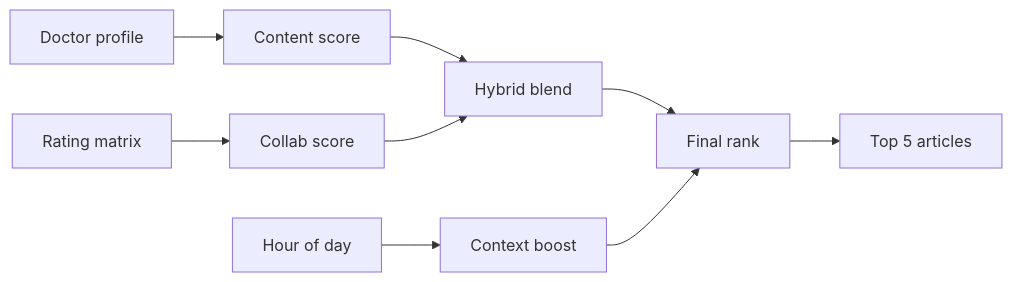
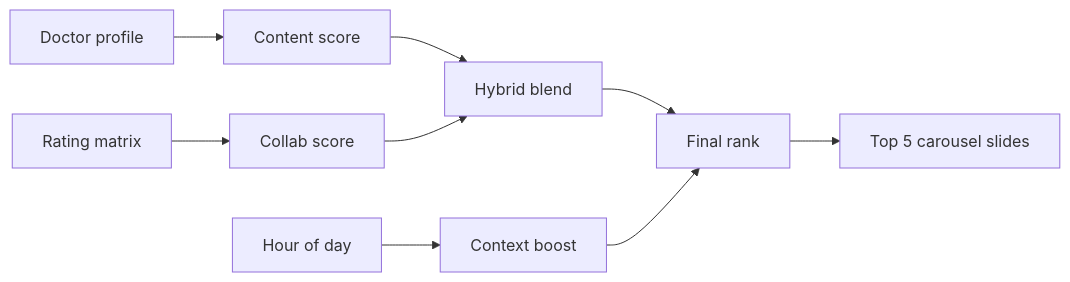
The diagram in README.md (wasimahmadpk/MedX), drawn with Mermaid before and after one commit. The commit also changed other lines of this file, not shown here.

First line of the commit message:
docs: refresh README with carousel UI, features, and deploy notes

````diff
--- a/README.md
+++ b/README.md
@@ -75,11 +97,11 @@
 ```mermaid
 flowchart LR
   A[Doctor profile] --> C[Content score]
   B[Rating matrix] --> S[Collab score]
   C --> H[Hybrid blend]
   S --> H
   T[Hour of day] --> X[Context boost]
   H --> F[Final rank]
   X --> F
-  F --> R[Top 5 articles]
+  F --> R[Top 5 carousel slides]
 ```
````
